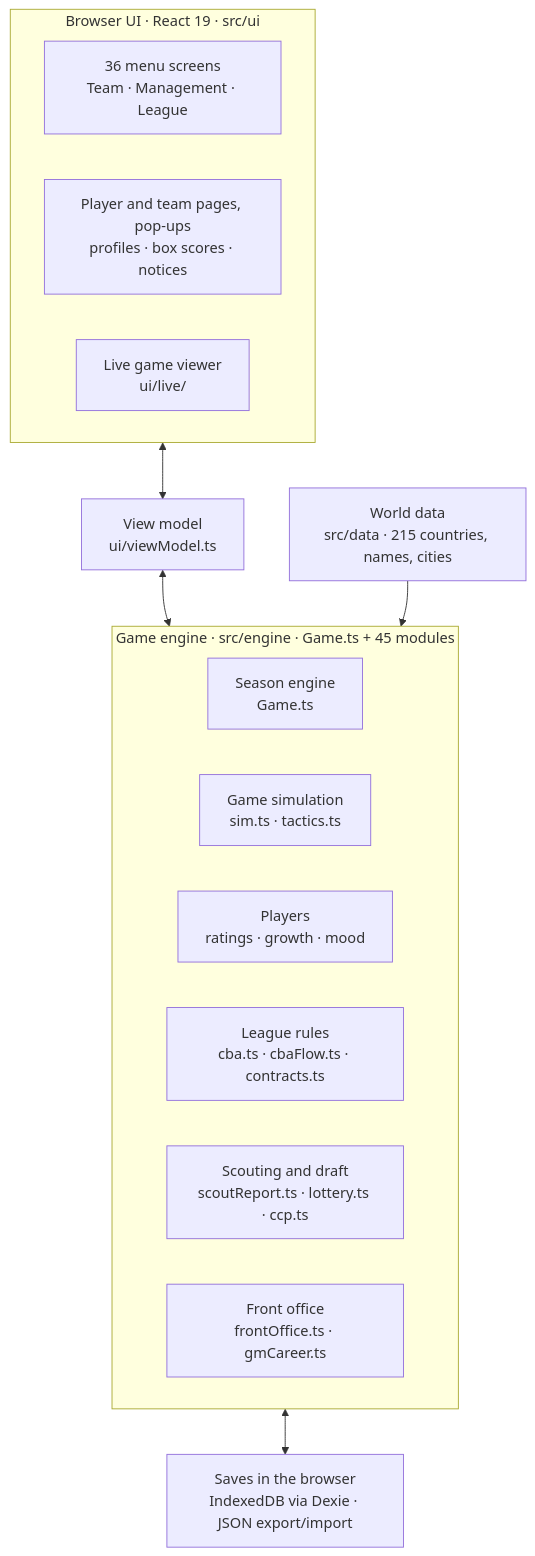
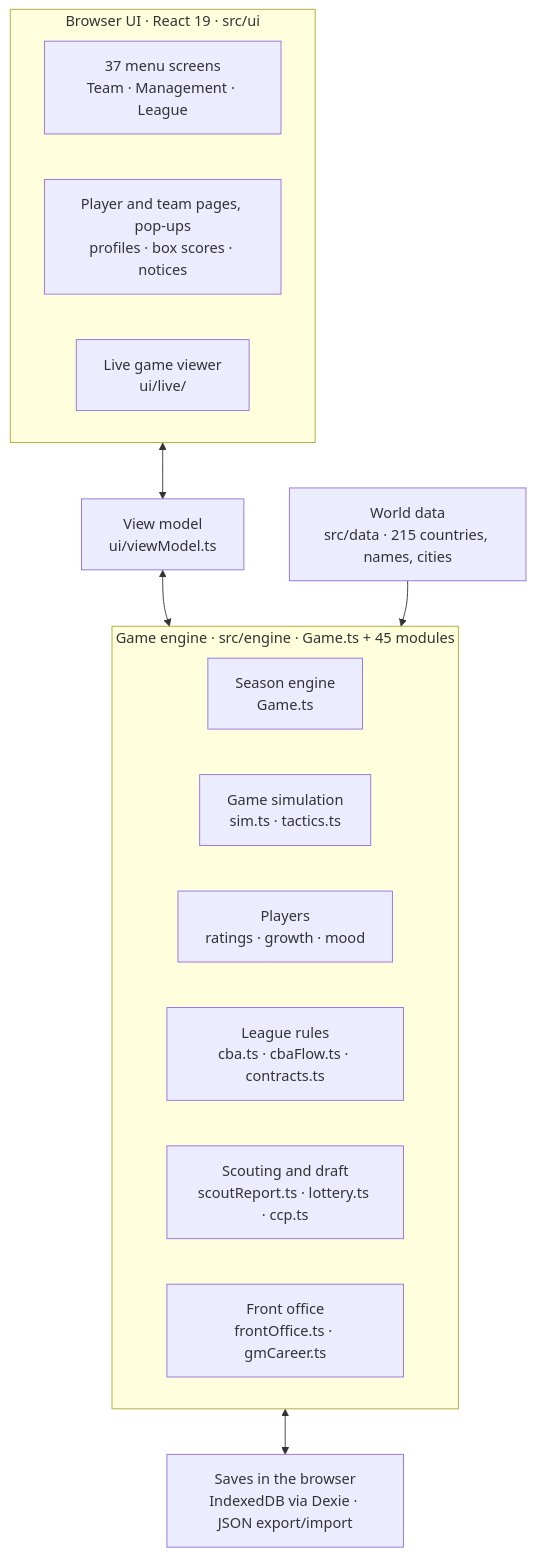
The first of 2 diagrams in docs/FEATURE_MAP.md (swagman1337qq/basketball), drawn with Mermaid before and after one commit. The commit also changed other lines of this file and 5 other files, not shown here.

````diff
--- a/docs/FEATURE_MAP.md
+++ b/docs/FEATURE_MAP.md
@@ -15,23 +15,23 @@
 ```mermaid
 flowchart TD
   subgraph UI["Browser UI · React 19 · src/ui"]
-    Screens["36 menu screens<br/>Team · Management · League"]
+    Screens["37 menu screens<br/>Team · Management · League"]
     Pages["Player and team pages, pop-ups<br/>profiles · box scores · notices"]
     Live["Live game viewer<br/>ui/live/"]
   end
   VM["View model<br/>ui/viewModel.ts"]
   subgraph Engine["Game engine · src/engine · Game.ts + 45 modules"]
     Season["Season engine<br/>Game.ts"]
     Sim["Game simulation<br/>sim.ts · tactics.ts"]
     Players["Players<br/>ratings · growth · mood"]
     Rules["League rules<br/>cba.ts · cbaFlow.ts · contracts.ts"]
     Scout["Scouting and draft<br/>scoutReport.ts · lottery.ts · ccp.ts"]
     FO["Front office<br/>frontOffice.ts · gmCareer.ts"]
   end
   Data["World data<br/>src/data · 215 countries, names, cities"]
   Saves["Saves in the browser<br/>IndexedDB via Dexie · JSON export/import"]
   UI <--> VM
   VM <--> Engine
   Data --> Engine
   Engine <--> Saves
 ```
````
